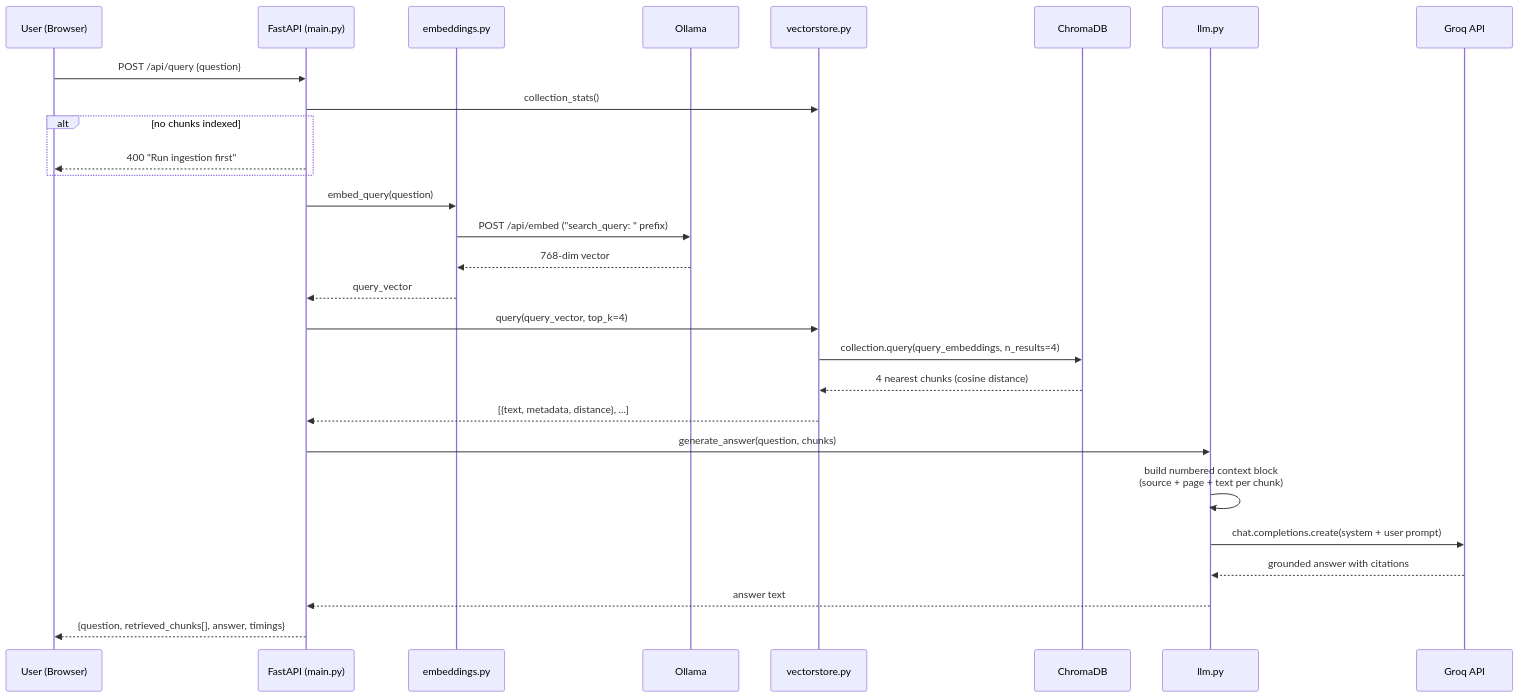
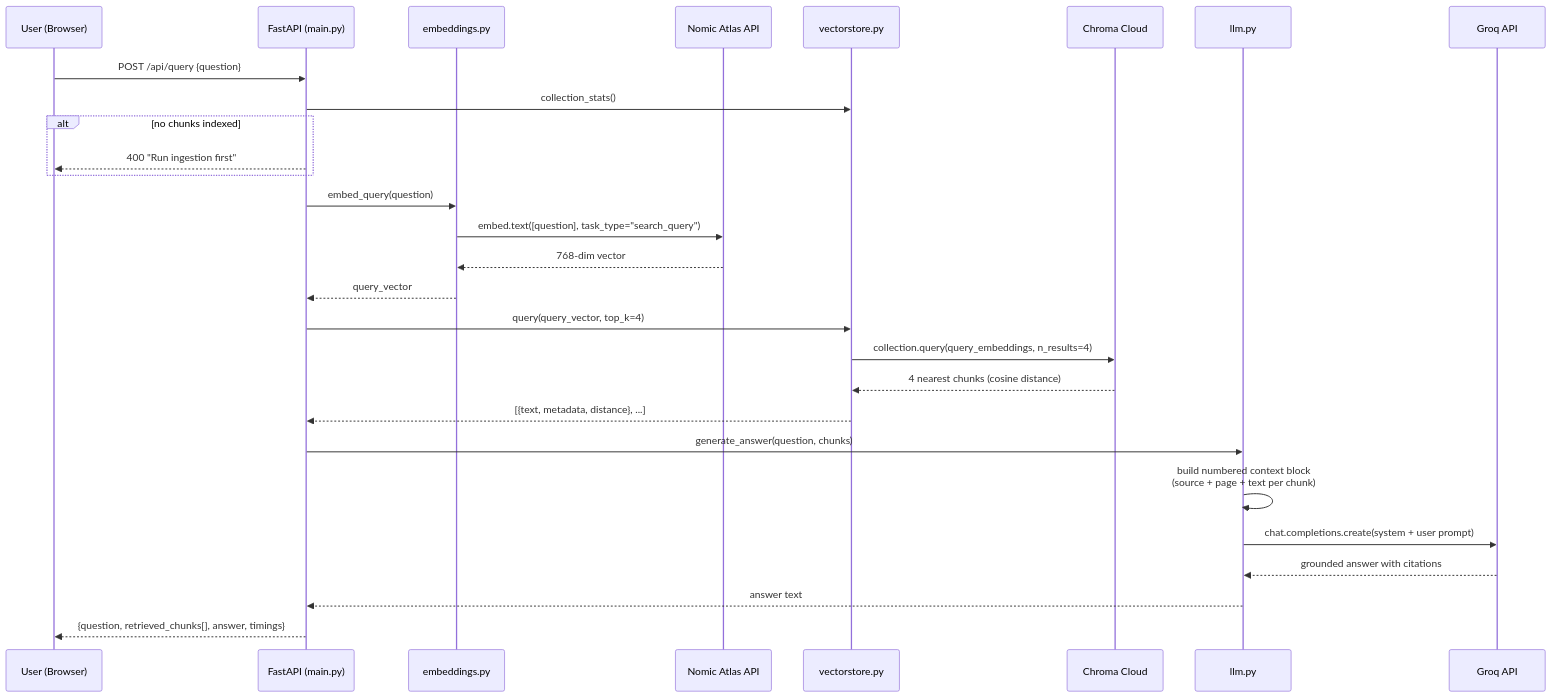
The fourth of 6 diagrams in Flow_Control.md (nitingawali27/rag-knowledge-explorer), drawn with Mermaid before and after one commit. The commit also changed other lines of this file and 28 other files, not shown here.

````diff
--- a/Flow_Control.md
+++ b/Flow_Control.md
@@ -128,35 +124,35 @@
 ```mermaid
 sequenceDiagram
     participant U as User (Browser)
     participant API as FastAPI (main.py)
     participant EMB as embeddings.py
-    participant OLL as Ollama
+    participant NOM as Nomic Atlas API
     participant VS as vectorstore.py
-    participant DB as ChromaDB
+    participant DB as Chroma Cloud
     participant LLM as llm.py
     participant GROQ as Groq API
 
     U->>API: POST /api/query {question}
     API->>VS: collection_stats()
     alt no chunks indexed
         API-->>U: 400 "Run ingestion first"
     end
 
     API->>EMB: embed_query(question)
-    EMB->>OLL: POST /api/embed ("search_query: " prefix)
-    OLL-->>EMB: 768-dim vector
+    EMB->>NOM: embed.text([question], task_type="search_query")
+    NOM-->>EMB: 768-dim vector
     EMB-->>API: query_vector
 
     API->>VS: query(query_vector, top_k=4)
     VS->>DB: collection.query(query_embeddings, n_results=4)
     DB-->>VS: 4 nearest chunks (cosine distance)
     VS-->>API: [{text, metadata, distance}, ...]
 
     API->>LLM: generate_answer(question, chunks)
     LLM->>LLM: build numbered context block<br/>(source + page + text per chunk)
     LLM->>GROQ: chat.completions.create(system + user prompt)
     GROQ-->>LLM: grounded answer with citations
     LLM-->>API: answer text
 
     API-->>U: {question, retrieved_chunks[], answer, timings}
 ```
````
